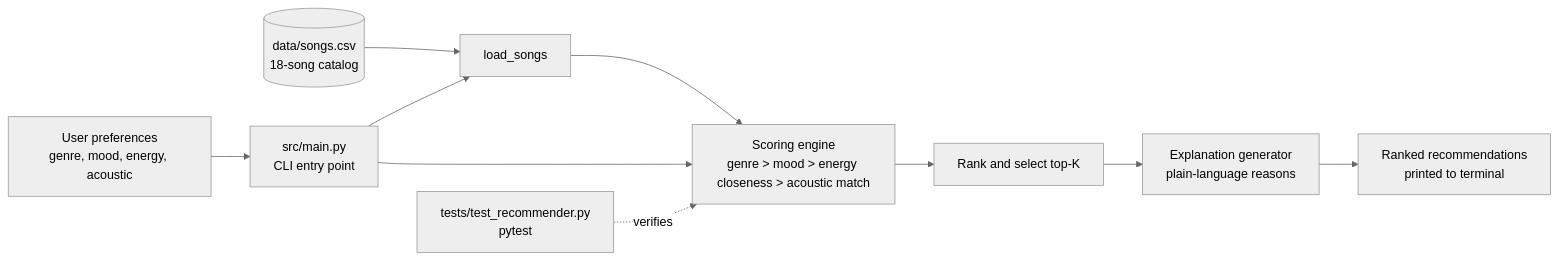
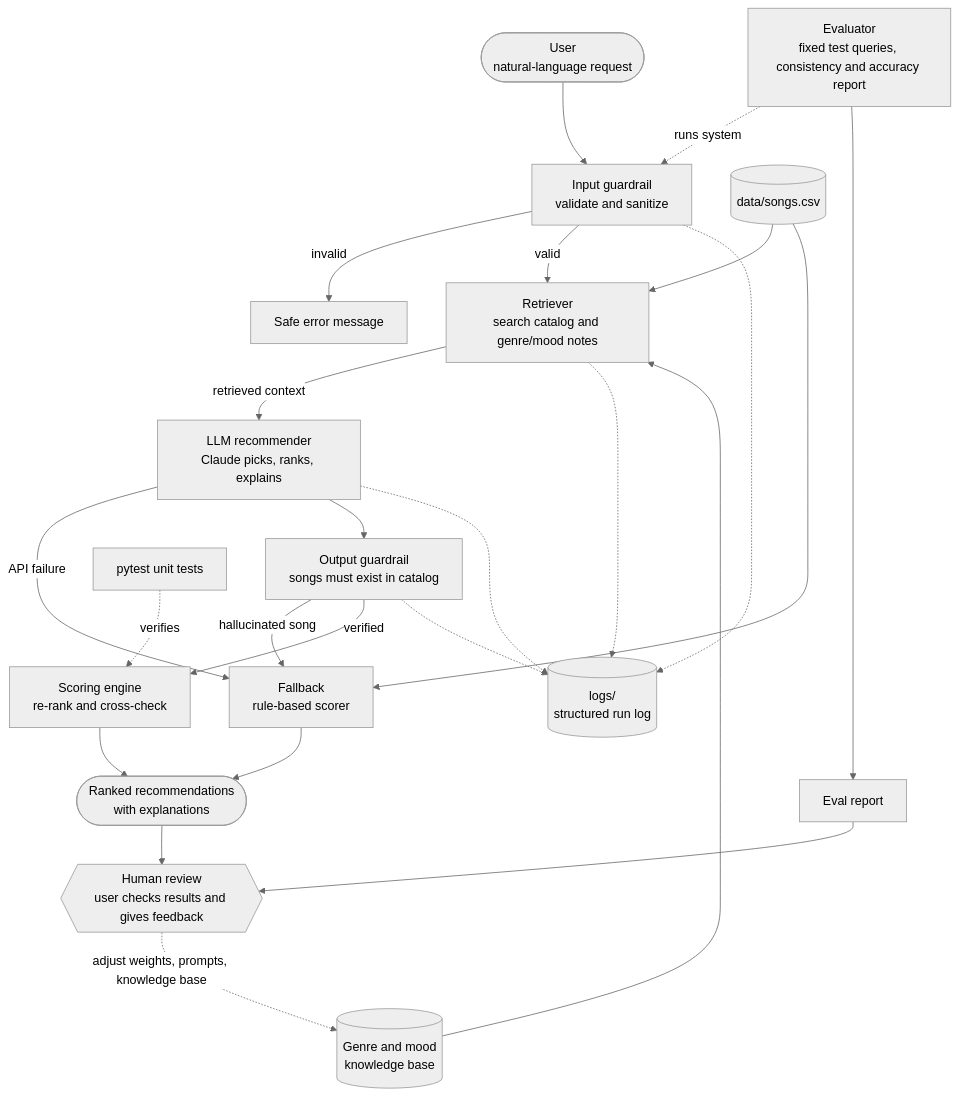
The diagram in diagrams/architecture.mmd (ferihao/applied-ai-system-final), drawn with Mermaid (neutral theme) before and after one commit.

Commit message:
Update architecture diagram for planned RAG, guardrail, and evaluation design

```diff
--- a/diagrams/architecture.mmd
+++ b/diagrams/architecture.mmd
@@ -1,10 +1,35 @@
-flowchart LR
-    U[User preferences<br/>genre, mood, energy, acoustic] --> M[src/main.py<br/>CLI entry point]
-    CSV[(data/songs.csv<br/>18-song catalog)] --> L[load_songs]
-    M --> L
-    L --> S[Scoring engine<br/>genre > mood > energy closeness > acoustic match]
-    M --> S
-    S --> R[Rank and select top-K]
-    R --> E[Explanation generator<br/>plain-language reasons]
-    E --> O[Ranked recommendations<br/>printed to terminal]
-    T[tests/test_recommender.py<br/>pytest] -. verifies .-> S
+flowchart TD
+    %% INPUT
+    U([User<br/>natural-language request]) --> G1[Input guardrail<br/>validate and sanitize]
+    G1 -- invalid --> ERR[Safe error message]
+
+    %% RETRIEVAL
+    G1 -- valid --> RET[Retriever<br/>search catalog and genre/mood notes]
+    SONGS[(data/songs.csv)] --> RET
+    KB[(Genre and mood<br/>knowledge base)] --> RET
+
+    %% GENERATION
+    RET -- retrieved context --> LLM[LLM recommender<br/>Claude picks, ranks, explains]
+    LLM -- API failure --> FB[Fallback<br/>rule-based scorer]
+    SONGS --> FB
+
+    %% CHECKING
+    LLM --> G2[Output guardrail<br/>songs must exist in catalog]
+    G2 -- hallucinated song --> FB
+    G2 -- verified --> SC[Scoring engine<br/>re-rank and cross-check]
+    FB --> OUT
+    SC --> OUT([Ranked recommendations<br/>with explanations])
+
+    %% LOGGING
+    G1 -.-> LOG[(logs/<br/>structured run log)]
+    RET -.-> LOG
+    LLM -.-> LOG
+    G2 -.-> LOG
+
+    %% TESTING AND HUMAN REVIEW
+    EVAL[Evaluator<br/>fixed test queries, consistency and accuracy report] -. runs system .-> G1
+    EVAL --> REP[Eval report]
+    UT[pytest unit tests] -. verifies .-> SC
+    OUT --> H{{Human review<br/>user checks results and gives feedback}}
+    REP --> H
+    H -. adjust weights, prompts, knowledge base .-> KB
```
